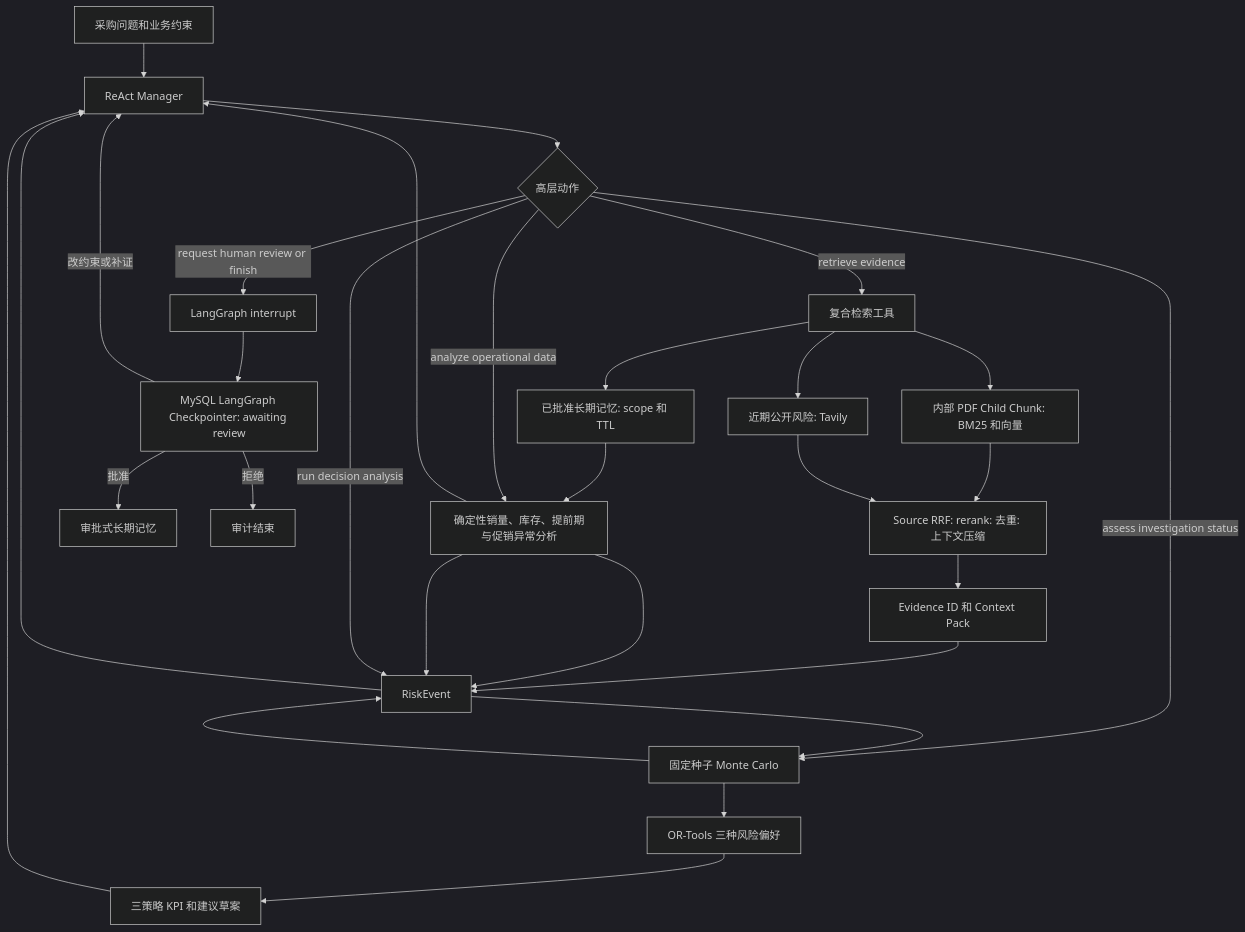
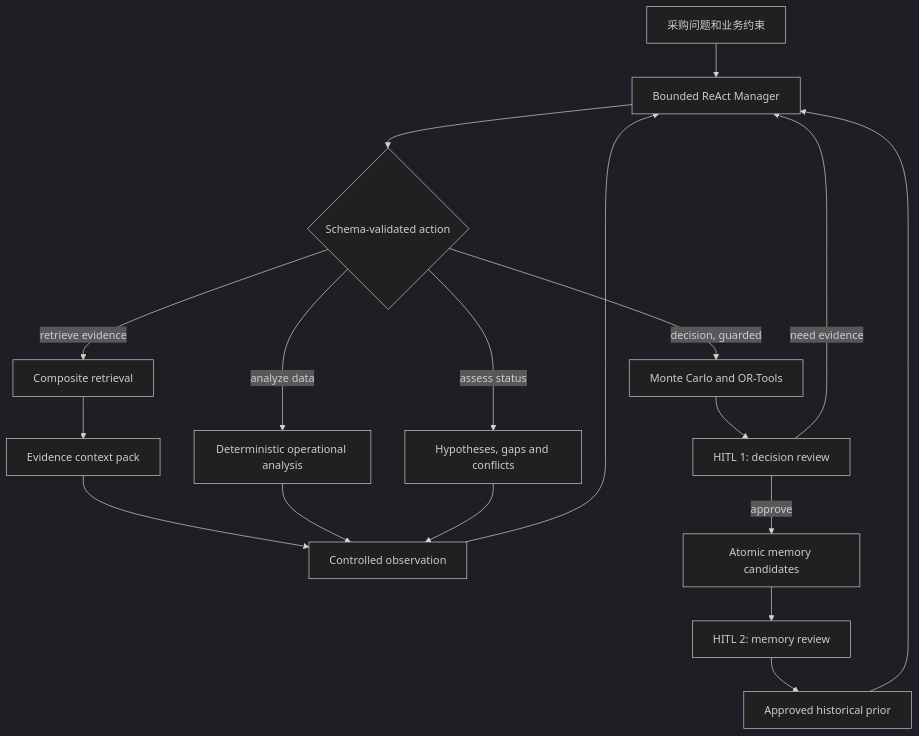
The diagram in docs/architecture.md (zjm1111/storeflow-agent), drawn with Mermaid (dark theme) before and after one commit. The commit also changed 12 other files, not shown here.

````diff
--- a/docs/architecture.md
+++ b/docs/architecture.md
@@ -15,31 +15,20 @@
 ```mermaid
 flowchart TD
-  A[采购问题和业务约束] --> B[ReAct Manager]
-  B --> C{高层动作}
-  C -->|retrieve evidence| D[复合检索工具]
-  D --> D1[内部 PDF Child Chunk: BM25 和向量]
-  D --> D2[近期公开风险: Tavily]
-  D --> D3[已批准长期记忆: scope 和 TTL]
-  D1 --> E[Source RRF: rerank: 去重: 上下文压缩]
-  D2 --> E
-  E --> F[Evidence ID 和 Context Pack]
-  D3 --> G[Historical Prior Top-K]
-  F --> H[受控 Observation]
-  G --> H
-  H --> B
-  C -->|analyze operational data| G[确定性销量、库存、提前期与促销异常分析]
-  G --> H
-  C -->|assess investigation status| I[假设状态、覆盖缺口与冲突判断]
-  I --> H
-  G --> B
-  C -->|run decision analysis| H[RiskEvent]
-  H --> I[固定种子 Monte Carlo]
-  I --> J[OR-Tools 三种风险偏好]
-  J --> K[三策略 KPI 和建议草案]
-  K --> B
-  C -->|request human review or finish| L[LangGraph interrupt]
-  L --> M[MySQL LangGraph Checkpointer: awaiting review]
-  M -->|批准| N[审批式长期记忆]
-  M -->|改约束或补证| B
-  M -->|拒绝| O[审计结束]
+  Question[采购问题和业务约束] --> Manager[Bounded ReAct Manager]
+  Manager --> Action{Schema-validated action}
+  Action -->|retrieve evidence| Retrieval[Composite retrieval]
+  Retrieval --> Evidence[Evidence context pack]
+  Action -->|analyze data| Analysis[Deterministic operational analysis]
+  Action -->|assess status| Assessment[Hypotheses, gaps and conflicts]
+  Evidence --> Observation[Controlled observation]
+  Analysis --> Observation
+  Assessment --> Observation
+  Observation --> Manager
+  Action -->|decision, guarded| Decision[Monte Carlo and OR-Tools]
+  Decision --> Review[HITL 1: decision review]
+  Review -->|approve| Candidates[Atomic memory candidates]
+  Candidates --> MemoryReview[HITL 2: memory review]
+  MemoryReview --> Prior[Approved historical prior]
+  Prior --> Manager
+  Review -->|need evidence| Manager
 ```
````
